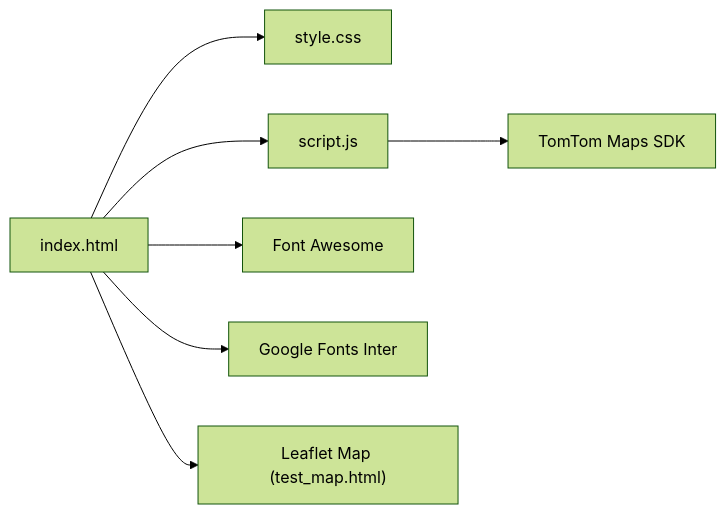
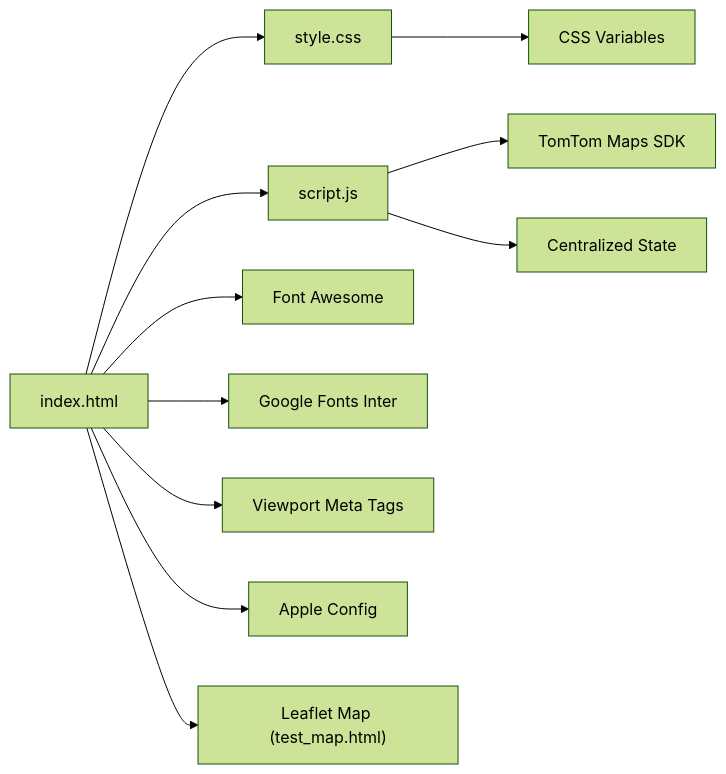
One commit to Rehanpatel3858/BusTrack-Pro changed the seventh of 7 diagrams in .qoder/repowiki/en/content/User Interface and Design System.md. Above: the diagram before and after it, drawn with Mermaid (forest theme). The commit also changed other lines of this file and 7 other files, not shown here.

````diff
--- a/.qoder/repowiki/en/content/User Interface and Design System.md
+++ b/.qoder/repowiki/en/content/User Interface and Design System.md
@@ -333,9 +387,13 @@
 ```mermaid
 graph LR
 HTML["index.html"] --> CSS["style.css"]
 HTML --> JS["script.js"]
 JS --> TT["TomTom Maps SDK"]
 HTML --> FA["Font Awesome"]
 HTML --> GF["Google Fonts Inter"]
+HTML --> VM["Viewport Meta Tags"]
+HTML --> AC["Apple Config"]
 HTML --> LM["Leaflet Map (test_map.html)"]
+CSS --> CV["CSS Variables"]
+JS --> CS["Centralized State"]
 ```
````
